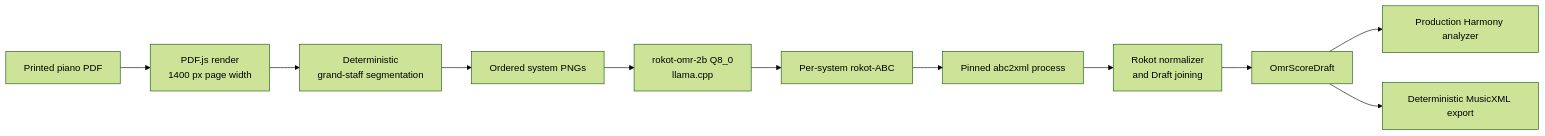
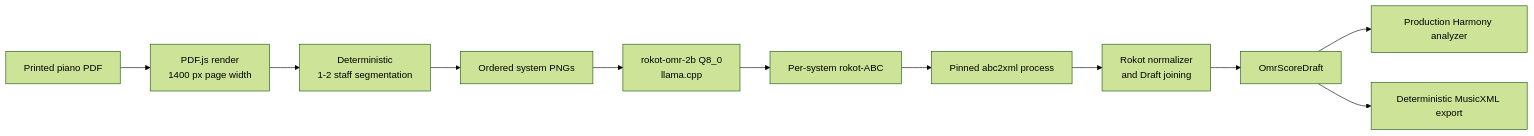
The diagram in docs/specs/2026-07-31-rokot-pdf-omr-engine-design.md (hikerpig/zupulse), drawn with Mermaid (forest theme) before and after one commit. The commit also changed other lines of this file and 212 other files, not shown here.

````diff
--- a/docs/specs/2026-07-31-rokot-pdf-omr-engine-design.md
+++ b/docs/specs/2026-07-31-rokot-pdf-omr-engine-design.md
@@ -21,13 +22,13 @@
 ```mermaid
 flowchart LR
   PDF["Printed piano PDF"] --> Render["PDF.js render\n1400 px page width"]
-  Render --> Segment["Deterministic\ngrand-staff segmentation"]
+  Render --> Segment["Deterministic\n1-2 staff segmentation"]
   Segment --> Crops["Ordered system PNGs"]
   Crops --> Rokot["rokot-omr-2b Q8_0\nllama.cpp"]
   Rokot --> ABC["Per-system rokot-ABC"]
   ABC --> Convert["Pinned abc2xml process"]
   Convert --> Join["Rokot normalizer\nand Draft joining"]
   Join --> Draft["OmrScoreDraft"]
   Draft --> Harmony["Production Harmony analyzer"]
   Draft --> MusicXML["Deterministic MusicXML export"]
 ```
````
